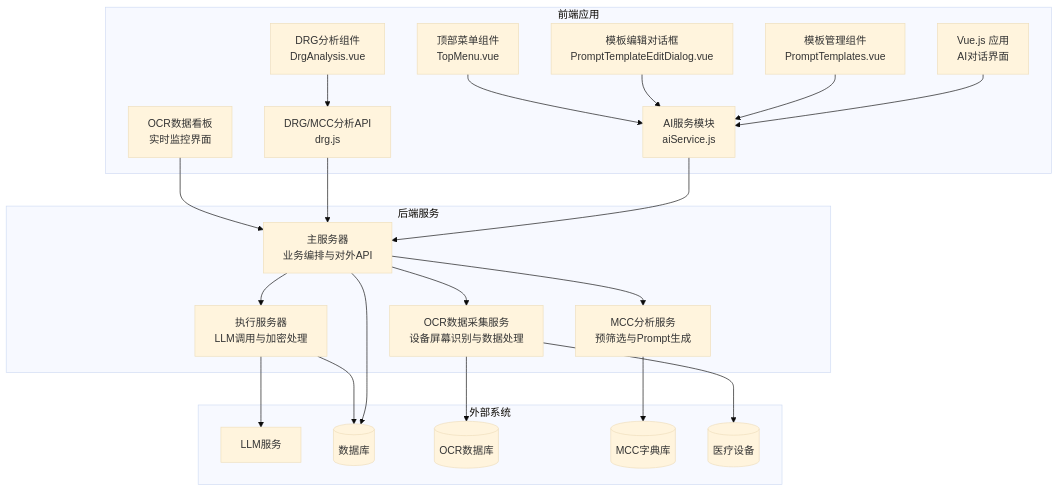
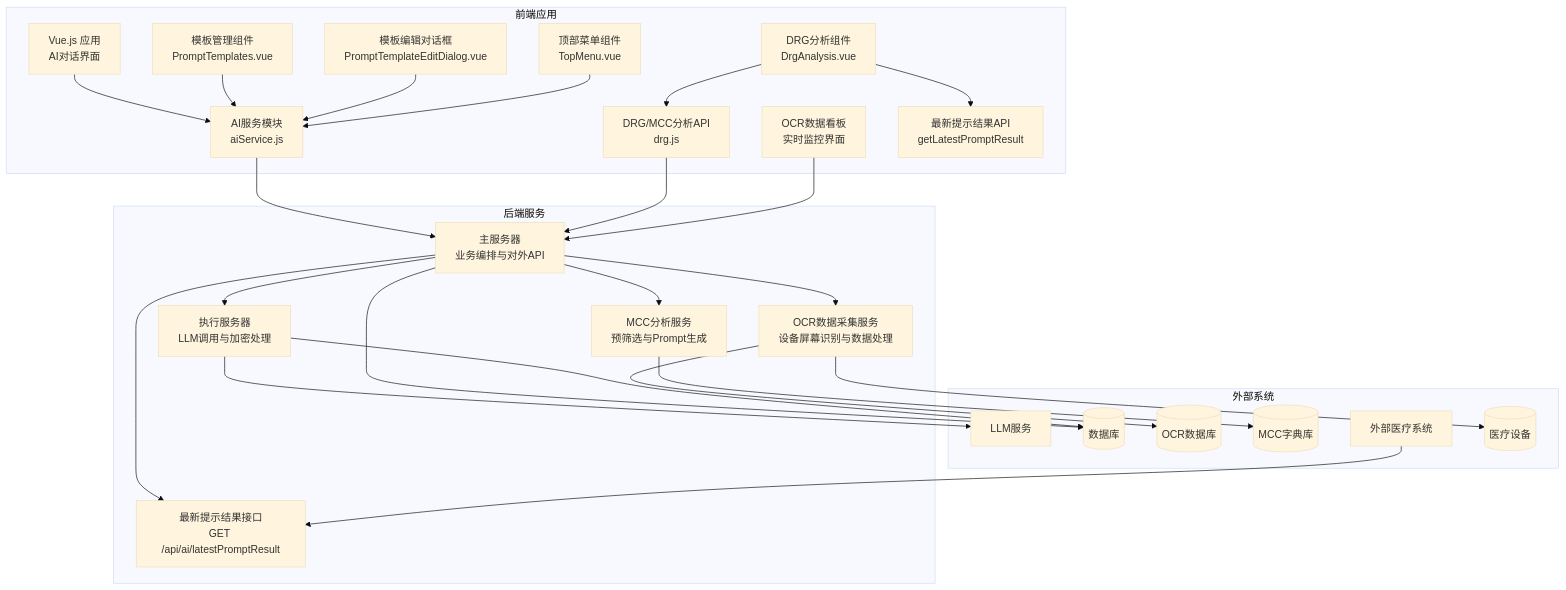
One commit to liuzh2008/med_ai_assistant_workspace changed the first of 15 diagrams in .qoder/repowiki/zh/content/核心功能模块/AI诊断辅助系统.md. Above: the diagram before and after it, drawn with Mermaid (base theme). The commit also changed other lines of this file and 5 other files, not shown here.

````diff
--- a/.qoder/repowiki/zh/content/核心功能模块/AI诊断辅助系统.md
+++ b/.qoder/repowiki/zh/content/核心功能模块/AI诊断辅助系统.md
@@ -74,43 +76,49 @@
 ```mermaid
 graph TB
 subgraph "后端服务"
 Main["主服务器<br/>业务编排与对外API"]
 Exec["执行服务器<br/>LLM调用与加密处理"]
 MCC["MCC分析服务<br/>预筛选与Prompt生成"]
 OCRAPI["OCR数据采集服务<br/>设备屏幕识别与数据处理"]
+LatestAPI["最新提示结果接口<br/>GET /api/ai/latestPromptResult"]
 end
 subgraph "前端应用"
 VueApp["Vue.js 应用<br/>AI对话界面"]
 AIService["AI服务模块<br/>aiService.js"]
 DRGAPI["DRG/MCC分析API<br/>drg.js"]
 PromptTemplates["模板管理组件<br/>PromptTemplates.vue"]
 PromptEditor["模板编辑对话框<br/>PromptTemplateEditDialog.vue"]
 TopMenu["顶部菜单组件<br/>TopMenu.vue"]
 OCRDash["OCR数据看板<br/>实时监控界面"]
 DrgAnalysis["DRG分析组件<br/>DrgAnalysis.vue"]
+LatestAPIFront["最新提示结果API<br/>getLatestPromptResult"]
 end
 subgraph "外部系统"
 LLM["LLM服务"]
 DB[("数据库")]
 OCRDB[("OCR数据库")]
 MCCDB[("MCC字典库")]
+ExternalSystem["外部医疗系统"]
 EndDevice[("医疗设备")]
 end
 VueApp --> AIService
 AIService --> Main
 DRGAPI --> Main
 Main --> Exec
 Main --> MCC
 Main --> OCRAPI
+Main --> LatestAPI
 Exec --> LLM
 Main --> DB
 MCC --> MCCDB
 Exec --> DB
 OCRAPI --> OCRDB
 OCRAPI --> EndDevice
 DrgAnalysis --> DRGAPI
+DrgAnalysis --> LatestAPIFront
 PromptTemplates --> AIService
 PromptEditor --> AIService
 TopMenu --> AIService
 OCRDash --> Main
+ExternalSystem --> LatestAPI
 ```
````
